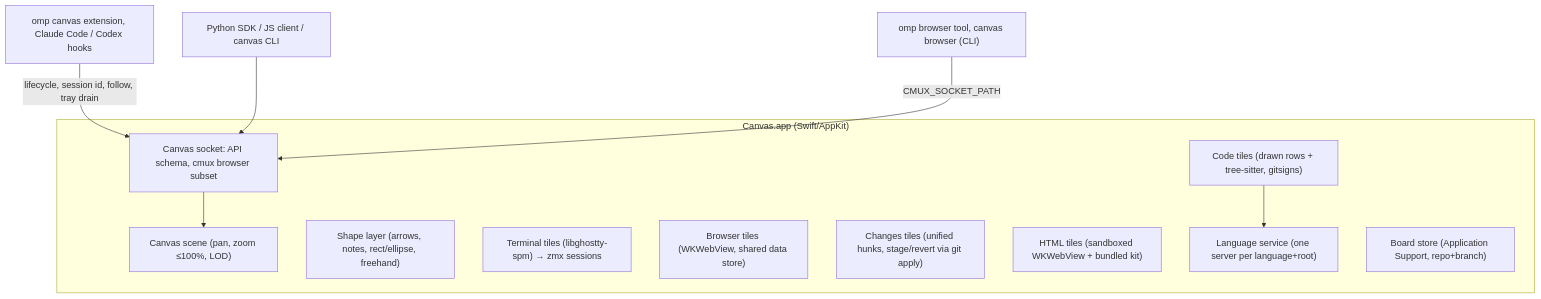
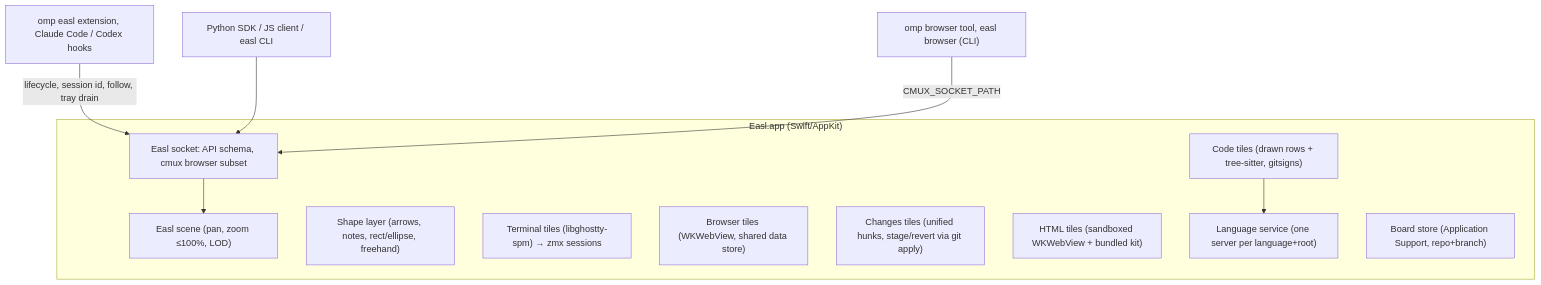
Before and after one commit to twaldin/canvas: the diagram in docs/design.md, drawn with Mermaid. The commit also changed other lines of this file and 138 other files, not shown here.

First line of the commit message:
Canvas is now Easl

````diff
--- a/docs/design.md
+++ b/docs/design.md
@@ -14,20 +14,20 @@
 ```mermaid
 flowchart TB
-  subgraph App["Canvas.app (Swift/AppKit)"]
-    Scene["Canvas scene (pan, zoom ≤100%, LOD)"]
+  subgraph App["Easl.app (Swift/AppKit)"]
+    Scene["Easl scene (pan, zoom ≤100%, LOD)"]
     Ink["Shape layer (arrows, notes, rect/ellipse, freehand)"]
     T["Terminal tiles (libghostty-spm) → zmx sessions"]
     B["Browser tiles (WKWebView, shared data store)"]
     C["Code tiles (drawn rows + tree-sitter, gitsigns)"]
     R["Changes tiles (unified hunks, stage/revert via git apply)"]
     H["HTML tiles (sandboxed WKWebView + bundled kit)"]
     L["Language service (one server per language+root)"]
-    Sock["Canvas socket: API schema, cmux browser subset"]
+    Sock["Easl socket: API schema, cmux browser subset"]
     Store["Board store (Application Support, repo+branch)"]
   end
-  Ext["omp canvas extension, Claude Code / Codex hooks"] -->|"lifecycle, session id, follow, tray drain"| Sock
-  SDK["Python SDK / JS client / canvas CLI"] --> Sock
-  OmpBrowser["omp browser tool, canvas browser (CLI)"] -->|"CMUX_SOCKET_PATH"| Sock
+  Ext["omp easl extension, Claude Code / Codex hooks"] -->|"lifecycle, session id, follow, tray drain"| Sock
+  SDK["Python SDK / JS client / easl CLI"] --> Sock
+  OmpBrowser["omp browser tool, easl browser (CLI)"] -->|"CMUX_SOCKET_PATH"| Sock
   Sock --> Scene
   C --> L
 ```
````
